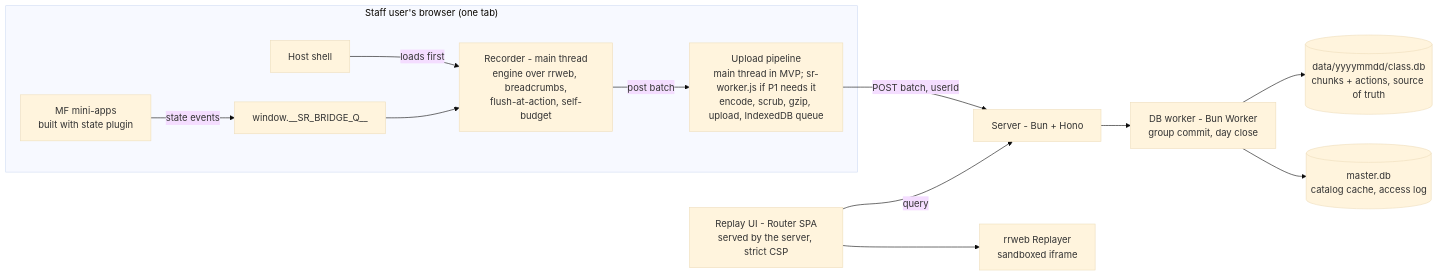
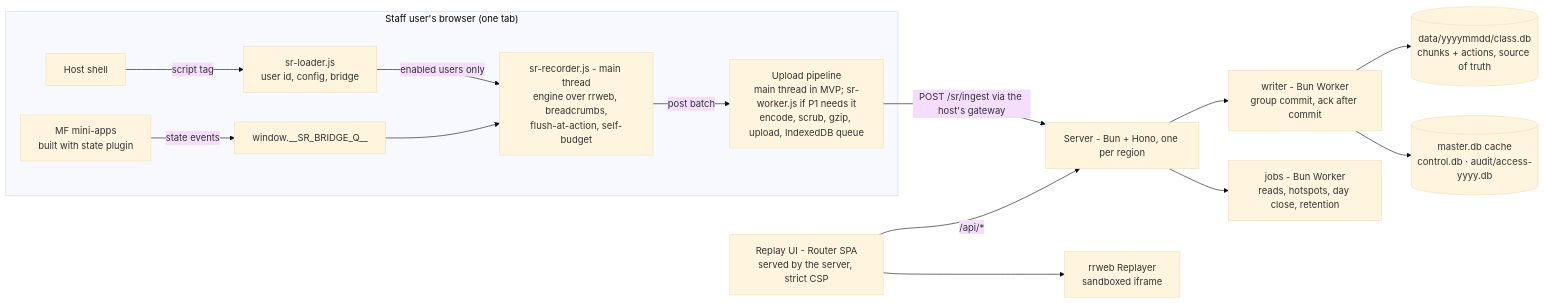
The first of 2 diagrams in plan/01-session-replay.md (akhilshastri/session-replay), drawn with Mermaid (base theme) before and after one commit. The commit also changed other lines of this file and 9 other files, not shown here.

Commit message:
0006: plan split part 2 - recorder, server, replay UI, state plugin and integration sub-plans; contracts merged into 03; master slimmed, batches by task, open questions Q24-Q40

````diff
--- a/plan/01-session-replay.md
+++ b/plan/01-session-replay.md
@@ -92,15 +93,17 @@
 ```mermaid
 flowchart LR
   subgraph Browser["Staff user's browser (one tab)"]
-    Host[Host shell] -->|loads first| Rec[Recorder - main thread<br/>engine over rrweb, breadcrumbs,<br/>flush-at-action, self-budget]
+    Host[Host shell] -->|script tag| L[sr-loader.js<br/>user id, config, bridge]
+    L -->|enabled users only| Rec[sr-recorder.js - main thread<br/>engine over rrweb, breadcrumbs,<br/>flush-at-action, self-budget]
     Apps[MF mini-apps<br/>built with state plugin] -->|state events| Q[window.__SR_BRIDGE_Q__]
     Q --> Rec
     Rec -->|post batch| W[Upload pipeline<br/>main thread in MVP; sr-worker.js if P1 needs it<br/>encode, scrub, gzip, upload, IndexedDB queue]
   end
-  W -->|POST batch, userId| S[Server - Bun + Hono]
-  S --> DBW[DB worker - Bun Worker<br/>group commit, day close]
+  W -->|POST /sr/ingest via the host's gateway| S[Server - Bun + Hono, one per region]
+  S --> DBW[writer - Bun Worker<br/>group commit, ack after commit]
+  S --> JOB[jobs - Bun Worker<br/>reads, hotspots, day close, retention]
   DBW --> Day[(data/yyyymmdd/class.db<br/>chunks + actions, source of truth)]
-  DBW --> M[(master.db<br/>catalog cache, access log)]
-  UI[Replay UI - Router SPA<br/>served by the server, strict CSP] -->|query| S
+  DBW --> M[(master.db cache<br/>control.db · audit/access-yyyy.db)]
+  UI[Replay UI - Router SPA<br/>served by the server, strict CSP] -->|/api/*| S
   UI --> P[rrweb Replayer<br/>sandboxed iframe]
 ```
````
